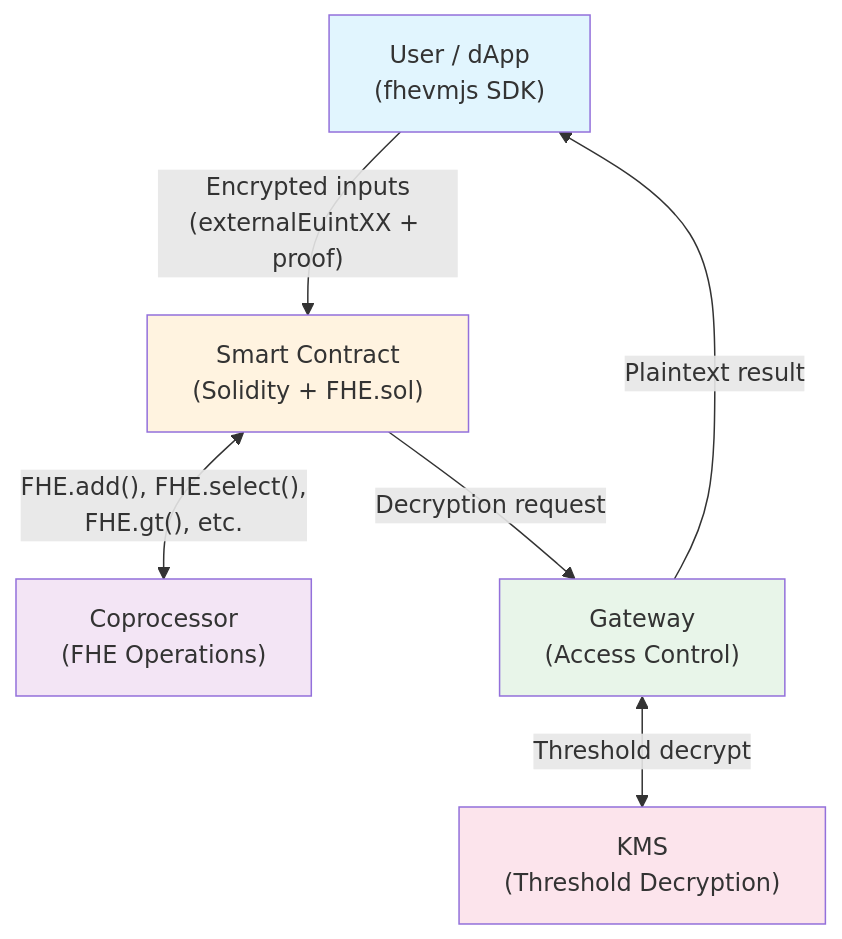
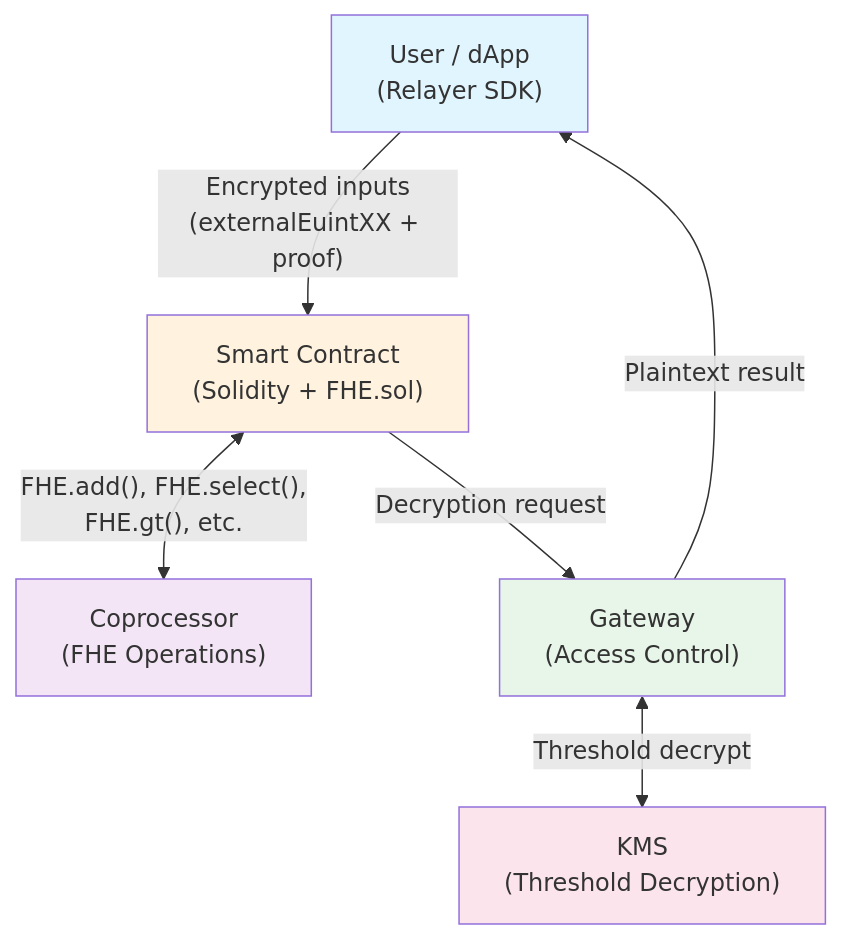
One commit to Himess/fhevm-bootcamp changed the third of 4 diagrams in modules/01-intro-to-fhe/lesson.md. Above: the diagram before and after it, drawn with Mermaid. The commit also changed other lines of this file and 79 other files, not shown here.

First line of the commit message:
docs audit: 100% Zama v0.10 compatibility + Relayer SDK migration

````diff
--- a/modules/01-intro-to-fhe/lesson.md
+++ b/modules/01-intro-to-fhe/lesson.md
@@ -433,20 +433,20 @@
 ```mermaid
 flowchart TD
-    User["User / dApp<br/>(fhevmjs SDK)"]
+    User["User / dApp<br/>(Relayer SDK)"]
     SC["Smart Contract<br/>(Solidity + FHE.sol)"]
     CP["Coprocessor<br/>(FHE Operations)"]
     GW["Gateway<br/>(Access Control)"]
     KMS["KMS<br/>(Threshold Decryption)"]
 
     User -->|"Encrypted inputs<br/>(externalEuintXX + proof)"| SC
     SC <-->|"FHE.add(), FHE.select(),<br/>FHE.gt(), etc."| CP
     SC -->|"Decryption request"| GW
     GW <-->|"Threshold decrypt"| KMS
     GW -->|"Plaintext result"| User
 
     style User fill:#e1f5fe
     style SC fill:#fff3e0
     style CP fill:#f3e5f5
     style GW fill:#e8f5e9
     style KMS fill:#fce4ec
 ```
````
